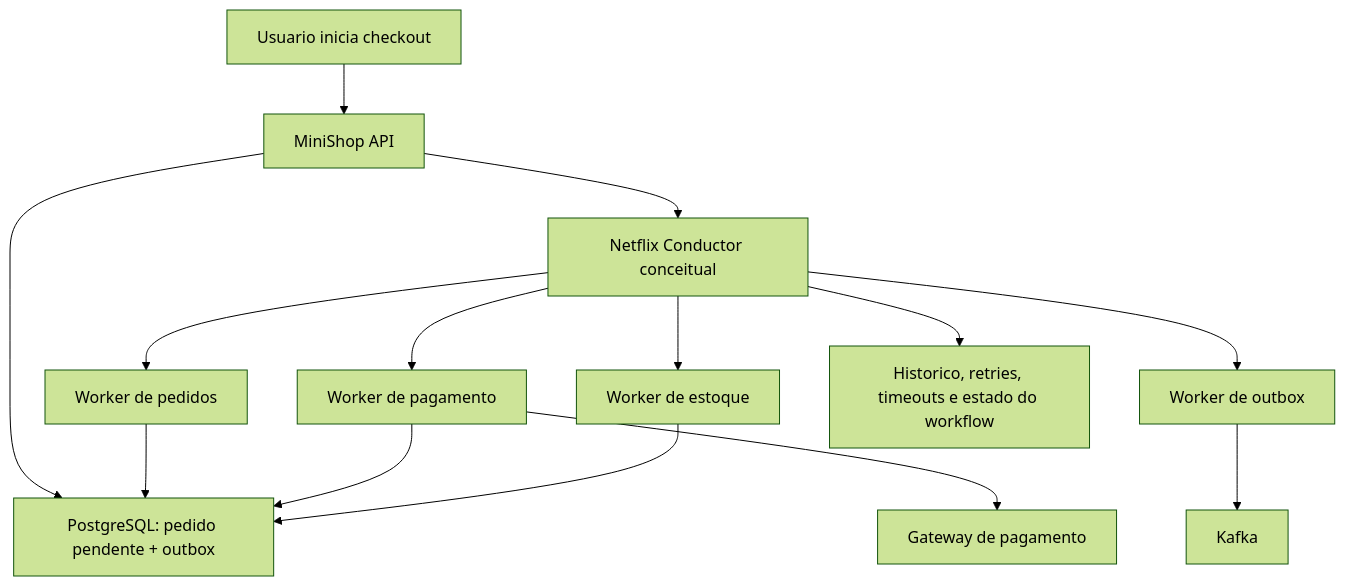
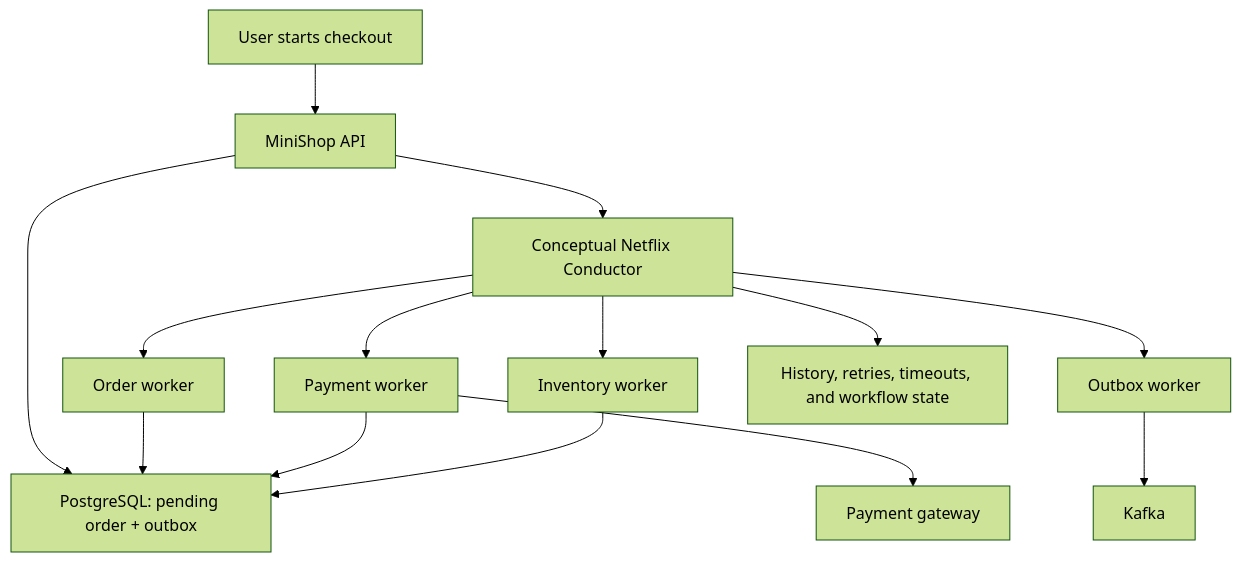
One commit to Thiago771414/event-driven-order-processing-system changed the first of 2 diagrams in event-driven-order-processing-system-main/fullstack-system-design-playbook/docs/saga-orchestration/README.md. Above: the diagram before and after it, drawn with Mermaid (forest theme). The commit also changed other lines of this file and 19 other files, not shown here.

````diff
--- a/event-driven-order-processing-system-main/fullstack-system-design-playbook/docs/saga-orchestration/README.md
+++ b/event-driven-order-processing-system-main/fullstack-system-design-playbook/docs/saga-orchestration/README.md
@@ -41,16 +41,16 @@
 ```mermaid
 flowchart TD
-  User["Usuario inicia checkout"] --> API["MiniShop API"]
-  API --> DB["PostgreSQL: pedido pendente + outbox"]
-  API --> Conductor["Netflix Conductor conceitual"]
-  Conductor --> OrderWorker["Worker de pedidos"]
-  Conductor --> PaymentWorker["Worker de pagamento"]
-  Conductor --> InventoryWorker["Worker de estoque"]
-  Conductor --> OutboxWorker["Worker de outbox"]
-  PaymentWorker --> Gateway["Gateway de pagamento"]
+  User["User starts checkout"] --> API["MiniShop API"]
+  API --> DB["PostgreSQL: pending order + outbox"]
+  API --> Conductor["Conceptual Netflix Conductor"]
+  Conductor --> OrderWorker["Order worker"]
+  Conductor --> PaymentWorker["Payment worker"]
+  Conductor --> InventoryWorker["Inventory worker"]
+  Conductor --> OutboxWorker["Outbox worker"]
+  PaymentWorker --> Gateway["Payment gateway"]
   OutboxWorker --> Kafka["Kafka"]
-  Conductor --> History["Historico, retries, timeouts e estado do workflow"]
+  Conductor --> History["History, retries, timeouts, and workflow state"]
   OrderWorker --> DB
   PaymentWorker --> DB
   InventoryWorker --> DB
 ```
````
